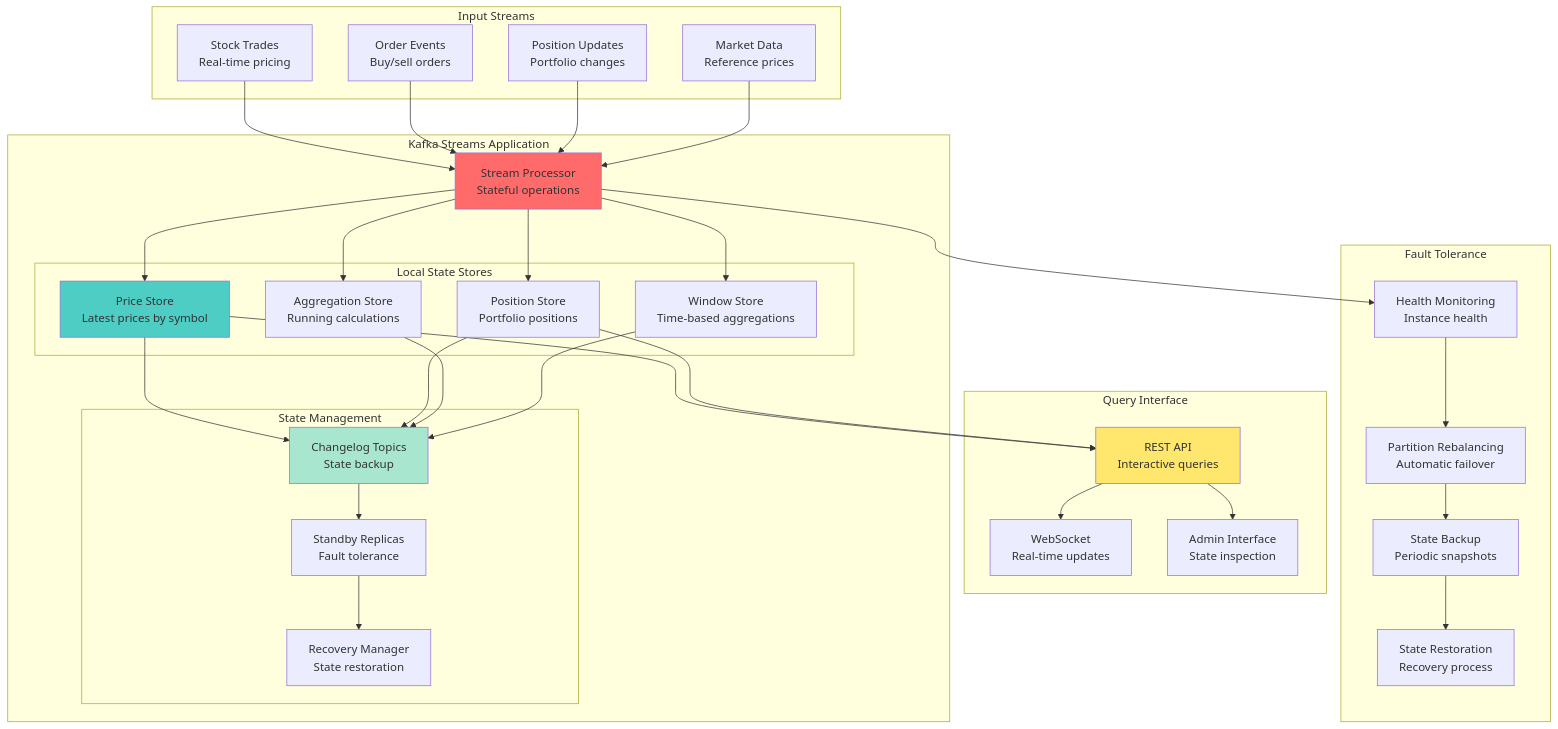
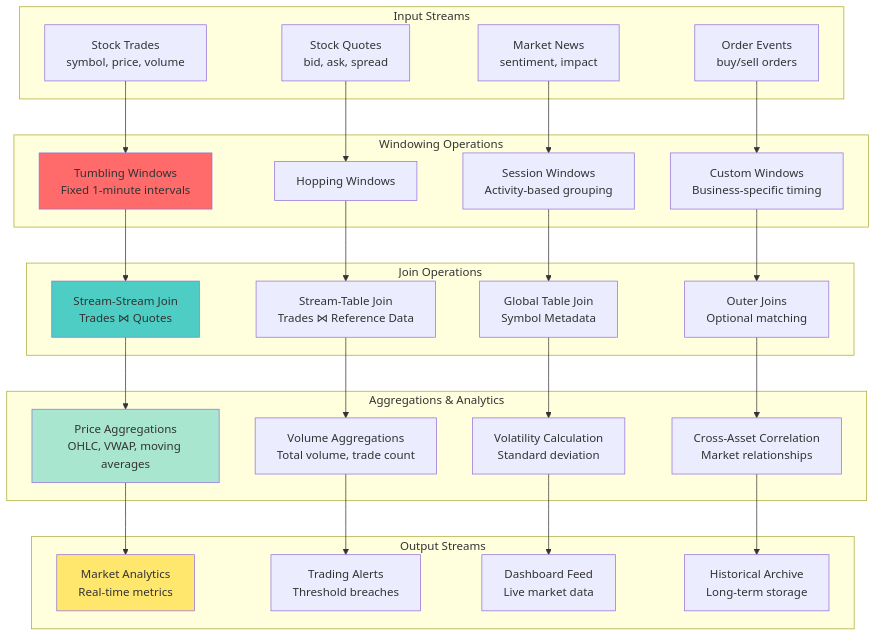
One commit to vorrawut/KafkaStarter changed the first of 4 diagrams in class/workshop/lesson_16/README.md. Above: the diagram before and after it, drawn with Mermaid. The commit also changed other lines of this file and 204 other files, not shown here.

````diff
--- a/class/workshop/lesson_16/README.md
+++ b/class/workshop/lesson_16/README.md
@@ -24,72 +24,62 @@
 ```mermaid
 graph TB
     subgraph "Input Streams"
-        TRADES[Stock Trades<br/>Real-time pricing]
-        ORDERS[Order Events<br/>Buy/sell orders]
-        POSITIONS[Position Updates<br/>Portfolio changes]
-        MARKET[Market Data<br/>Reference prices]
+        TRADES[Stock Trades<br/>symbol, price, volume]
+        QUOTES[Stock Quotes<br/>bid, ask, spread]
+        NEWS[Market News<br/>sentiment, impact]
+        ORDERS[Order Events<br/>buy/sell orders]
     end
     
-    subgraph "Kafka Streams Application"
-        PROCESSOR[Stream Processor<br/>Stateful operations]
-        
-        subgraph "Local State Stores"
-            PRICE_STORE[Price Store<br/>Latest prices by symbol]
-            POSITION_STORE[Position Store<br/>Portfolio positions]
-            AGGREGATION_STORE[Aggregation Store<br/>Running calculations]
-            WINDOW_STORE[Window Store<br/>Time-based aggregations]
-        end
-        
-        subgraph "State Management"
-            CHANGELOG[Changelog Topics<br/>State backup]
-            STANDBY[Standby Replicas<br/>Fault tolerance]
-            RECOVERY[Recovery Manager<br/>State restoration]
-        end
+    subgraph "Windowing Operations"
+        TUMBLING[Tumbling Windows<br/>Fixed 1-minute intervals]
+        HOPPING[Hopping Windows<br/&gt;30-second slides, 1-minute size]
+        SESSION[Session Windows<br/>Activity-based grouping]
+        CUSTOM[Custom Windows<br/>Business-specific timing]
     end
     
-    subgraph "Query Interface"
-        REST_API[REST API<br/>Interactive queries]
-        WEBSOCKET[WebSocket<br/>Real-time updates]
-        ADMIN[Admin Interface<br/>State inspection]
+    subgraph "Join Operations"
+        SS_JOIN[Stream-Stream Join<br/>Trades ⋈ Quotes]
+        ST_JOIN[Stream-Table Join<br/>Trades ⋈ Reference Data]
+        GLOBAL_JOIN[Global Table Join<br/>Symbol Metadata]
+        OUTER_JOIN[Outer Joins<br/>Optional matching]
     end
     
-    subgraph "Fault Tolerance"
-        MONITORING[Health Monitoring<br/>Instance health]
-        REBALANCING[Partition Rebalancing<br/>Automatic failover]
-        BACKUP[State Backup<br/>Periodic snapshots]
-        RESTORE[State Restoration<br/>Recovery process]
+    subgraph "Aggregations & Analytics"
+        PRICE_AGG[Price Aggregations<br/>OHLC, VWAP, moving averages]
+        VOLUME_AGG[Volume Aggregations<br/>Total volume, trade count]
+        VOLATILITY[Volatility Calculation<br/>Standard deviation]
+        CORRELATION[Cross-Asset Correlation<br/>Market relationships]
     end
     
-    TRADES --> PROCESSOR
-    ORDERS --> PROCESSOR
-    POSITIONS --> PROCESSOR
-    MARKET --> PROCESSOR
+    subgraph "Output Streams"
+        ANALYTICS[Market Analytics<br/>Real-time metrics]
+        ALERTS[Trading Alerts<br/>Threshold breaches]
+        DASHBOARD[Dashboard Feed<br/>Live market data]
+        ARCHIVE[Historical Archive<br/>Long-term storage]
+    end
     
-    PROCESSOR --> PRICE_STORE
-    PROCESSOR --> POSITION_STORE
-    PROCESSOR --> AGGREGATION_STORE
-    PROCESSOR --> WINDOW_STORE
+    TRADES --> TUMBLING
+    QUOTES --> HOPPING
+    NEWS --> SESSION
+    ORDERS --> CUSTOM
     
-    PRICE_STORE --> CHANGELOG
-    POSITION_STORE --> CHANGELOG
-    AGGREGATION_STORE --> CHANGELOG
-    WINDOW_STORE --> CHANGELOG
+    TUMBLING --> SS_JOIN
+    HOPPING --> ST_JOIN
+    SESSION --> GLOBAL_JOIN
+    CUSTOM --> OUTER_JOIN
     
-    CHANGELOG --> STANDBY
-    STANDBY --> RECOVERY
+    SS_JOIN --> PRICE_AGG
+    ST_JOIN --> VOLUME_AGG
+    GLOBAL_JOIN --> VOLATILITY
+    OUTER_JOIN --> CORRELATION
     
-    PRICE_STORE --> REST_API
-    POSITION_STORE --> REST_API
-    REST_API --> WEBSOCKET
-    REST_API --> ADMIN
+    PRICE_AGG --> ANALYTICS
+    VOLUME_AGG --> ALERTS
+    VOLATILITY --> DASHBOARD
+    CORRELATION --> ARCHIVE
     
-    PROCESSOR --> MONITORING
-    MONITORING --> REBALANCING
-    REBALANCING --> BACKUP
-    BACKUP --> RESTORE
-    
-    style PROCESSOR fill:#ff6b6b
-    style PRICE_STORE fill:#4ecdc4
-    style CHANGELOG fill:#a8e6cf
-    style REST_API fill:#ffe66d
+    style TUMBLING fill:#ff6b6b
+    style SS_JOIN fill:#4ecdc4
+    style PRICE_AGG fill:#a8e6cf
+    style ANALYTICS fill:#ffe66d
 ```
````
